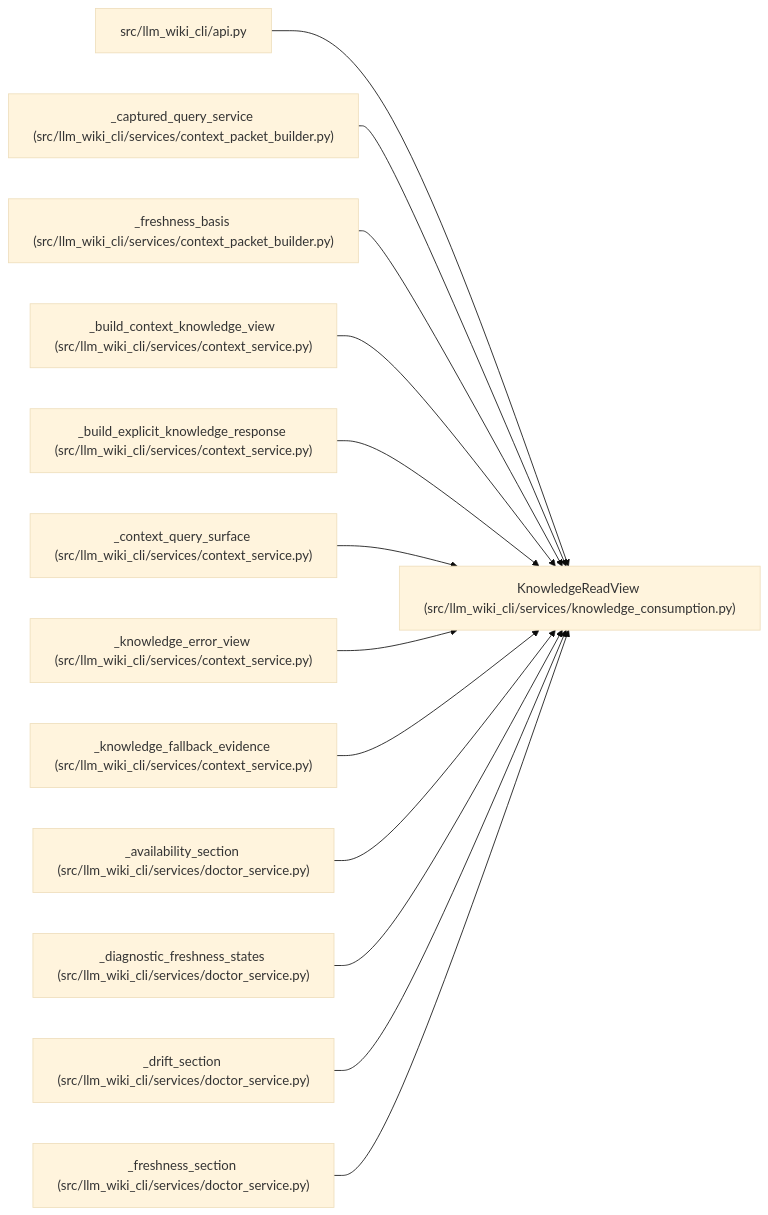
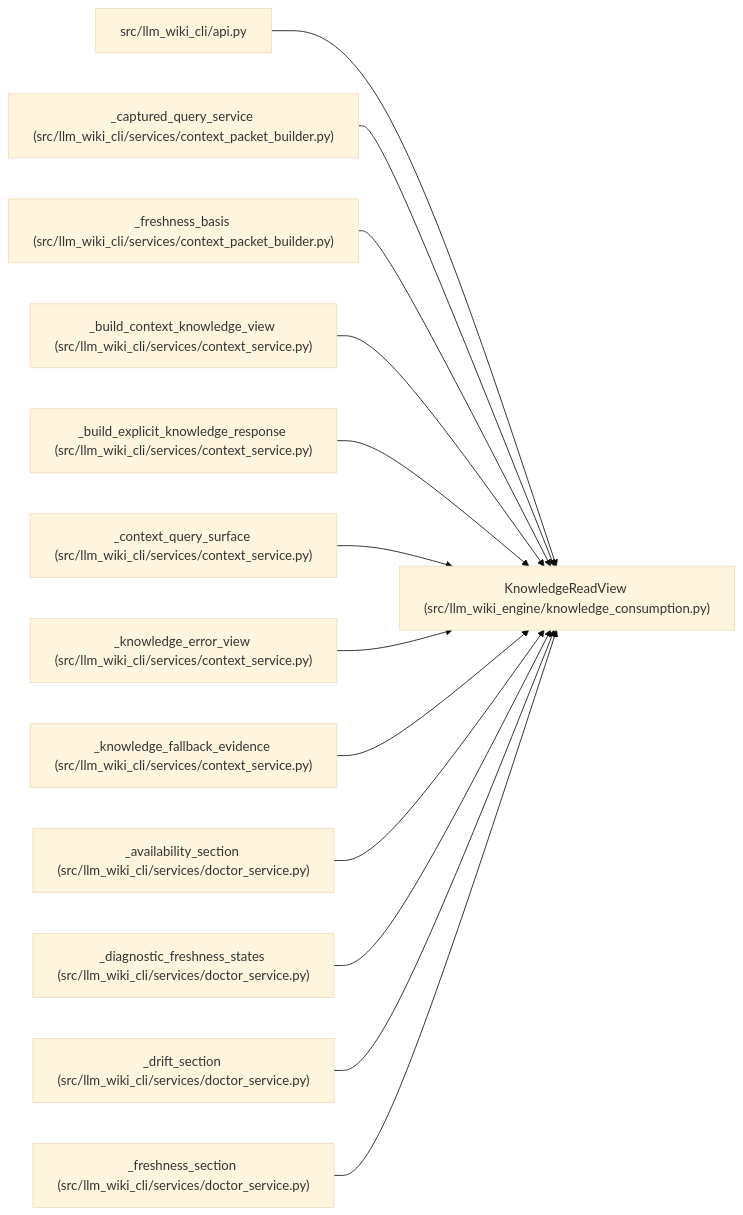
One commit to Denissvgn/python-wiki-llm changed the diagram in docs/llm_wiki/entities/KnowledgeReadView.md. Above: the diagram before and after it, drawn with Mermaid (base theme). The commit also changed other lines of this file and 1058 other files, not shown here.

First line of the commit message:
docs: refresh the wiki for the knowledge store move

````diff
--- a/docs/llm_wiki/entities/KnowledgeReadView.md
+++ b/docs/llm_wiki/entities/KnowledgeReadView.md
@@ -52,41 +52,41 @@
 ```mermaid
 flowchart LR
-    n0["KnowledgeReadView (src/llm_wiki_cli/services/knowledge_consumption.py)"]
+    n0["KnowledgeReadView (src/llm_wiki_engine/knowledge_consumption.py)"]
     n1["src/llm_wiki_cli/api.py"]
     n2["_captured_query_service (src/llm_wiki_cli/services/context_packet_builder.py)"]
     n3["_freshness_basis (src/llm_wiki_cli/services/context_packet_builder.py)"]
     n4["_build_context_knowledge_view (src/llm_wiki_cli/services/context_service.py)"]
     n5["_build_explicit_knowledge_response (src/llm_wiki_cli/services/context_service.py)"]
     n6["_context_query_surface (src/llm_wiki_cli/services/context_service.py)"]
     n7["_knowledge_error_view (src/llm_wiki_cli/services/context_service.py)"]
     n8["_knowledge_fallback_evidence (src/llm_wiki_cli/services/context_service.py)"]
     n9["_availability_section (src/llm_wiki_cli/services/doctor_service.py)"]
     n10["_diagnostic_freshness_states (src/llm_wiki_cli/services/doctor_service.py)"]
     n11["_drift_section (src/llm_wiki_cli/services/doctor_service.py)"]
     n12["_freshness_section (src/llm_wiki_cli/services/doctor_service.py)"]
     n1 --> n0
     n2 --> n0
     n3 --> n0
     n4 --> n0
     n5 --> n0
     n6 --> n0
     n7 --> n0
     n8 --> n0
     n9 --> n0
     n10 --> n0
     n11 --> n0
     n12 --> n0
     click n0 "../modules/knowledge_consumption.md"
     click n1 "../modules/api.md"
     click n2 "../modules/context_packet_builder.md"
     click n3 "../modules/context_packet_builder.md"
     click n4 "../modules/context_service.md"
     click n5 "../modules/context_service.md"
     click n6 "../modules/context_service.md"
     click n7 "../modules/context_service.md"
     click n8 "../modules/context_service.md"
     click n9 "../modules/doctor_service.md"
     click n10 "../modules/doctor_service.md"
     click n11 "../modules/doctor_service.md"
     click n12 "../modules/doctor_service.md"
 ```
````
